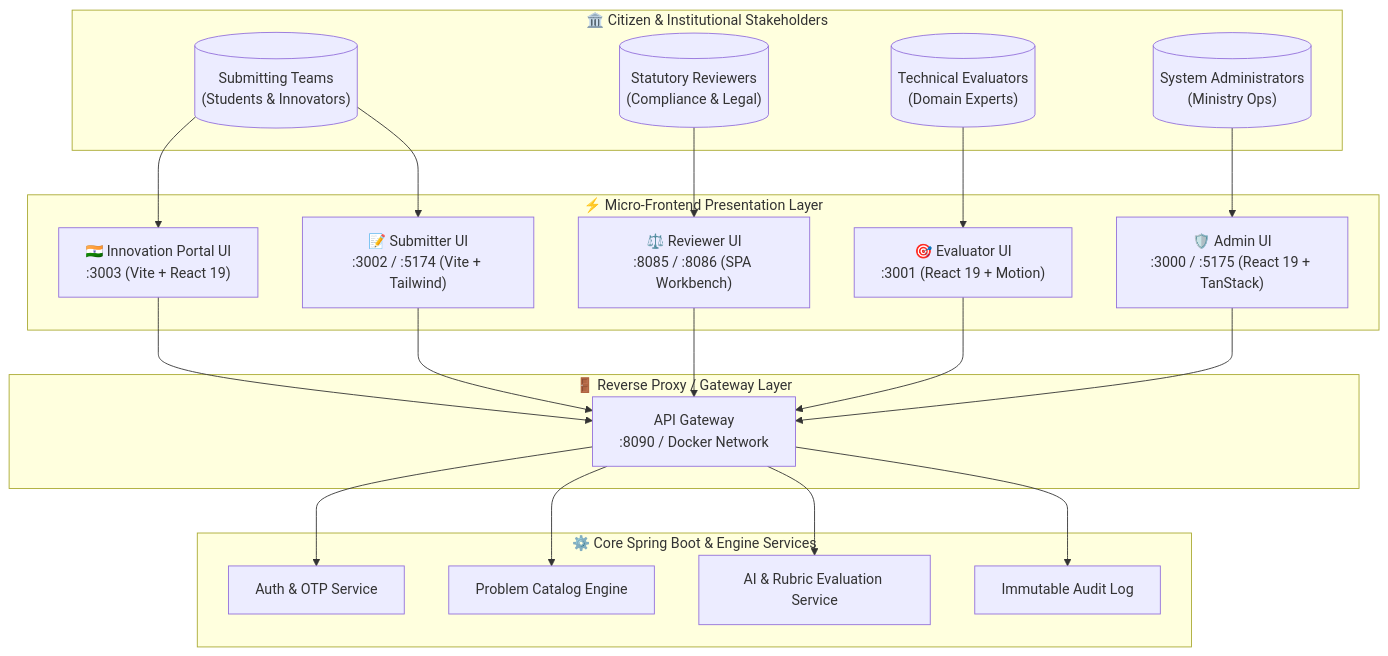
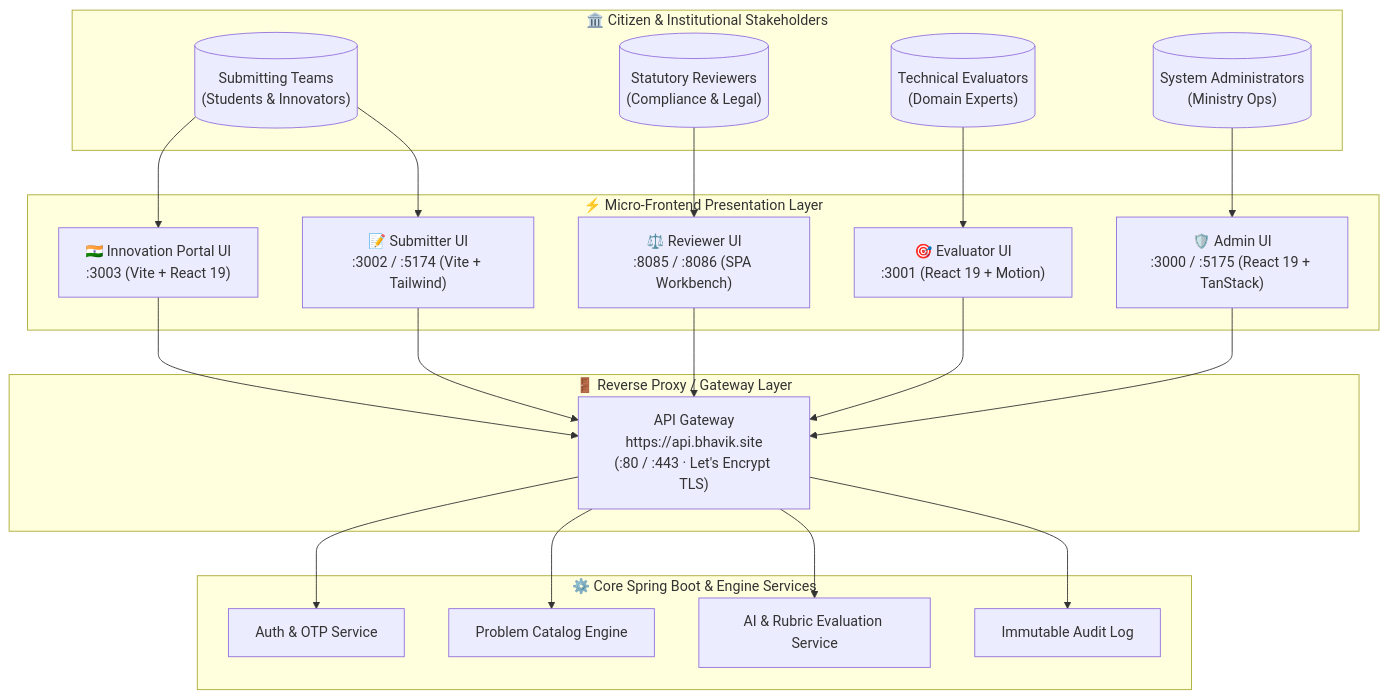
The diagram in frontend/README.md (xdbhavik/Manthan-Churning-Ideas-into-Solutions), drawn with Mermaid before and after one commit. The commit also changed other lines of this file and 23 other files, not shown here.

Commit message:
feat(portal): rewire frontend portals and test scripts to deployed AWS backend (https://api.bhavik.site)

````diff
--- a/frontend/README.md
+++ b/frontend/README.md
@@ -39,45 +39,45 @@
 ```mermaid
 flowchart TD
     subgraph Users["🏛️ Citizen & Institutional Stakeholders"]
         SUB[("Submitting Teams\n(Students & Innovators)")]
         REV[("Statutory Reviewers\n(Compliance & Legal)")]
         EVA[("Technical Evaluators\n(Domain Experts)")]
         ADM[("System Administrators\n(Ministry Ops)")]
     end
 
     subgraph Frontends["⚡ Micro-Frontend Presentation Layer"]
         P_INNOV["🇮🇳 Innovation Portal UI\n:3003 (Vite + React 19)"]
         P_SUB["📝 Submitter UI\n:3002 / :5174 (Vite + Tailwind)"]
         P_REV["⚖️ Reviewer UI\n:8085 / :8086 (SPA Workbench)"]
         P_EVA["🎯 Evaluator UI\n:3001 (React 19 + Motion)"]
         P_ADM["🛡️ Admin UI\n:3000 / :5175 (React 19 + TanStack)"]
     end
 
     subgraph Gateway["🚪 Reverse Proxy / Gateway Layer"]
-        GW["API Gateway\n:8090 / Docker Network"]
+        GW["API Gateway\nhttps://api.bhavik.site\n(:80 / :443 · Let's Encrypt TLS)"]
     end
 
     subgraph Backend["⚙️ Core Spring Boot & Engine Services"]
         AUTH["Auth & OTP Service"]
         PROB["Problem Catalog Engine"]
         EVAL["AI & Rubric Evaluation Service"]
         AUDIT["Immutable Audit Log"]
     end
 
     SUB --> P_INNOV
     SUB --> P_SUB
     REV --> P_REV
     EVA --> P_EVA
     ADM --> P_ADM
 
     P_INNOV --> GW
     P_SUB --> GW
     P_REV --> GW
     P_EVA --> GW
     P_ADM --> GW
 
     GW --> AUTH
     GW --> PROB
     GW --> EVAL
     GW --> AUDIT
 ```
````
